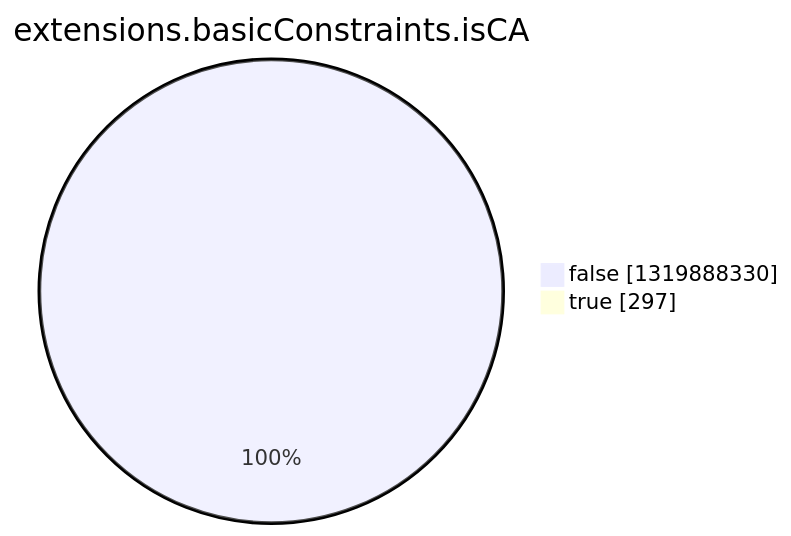
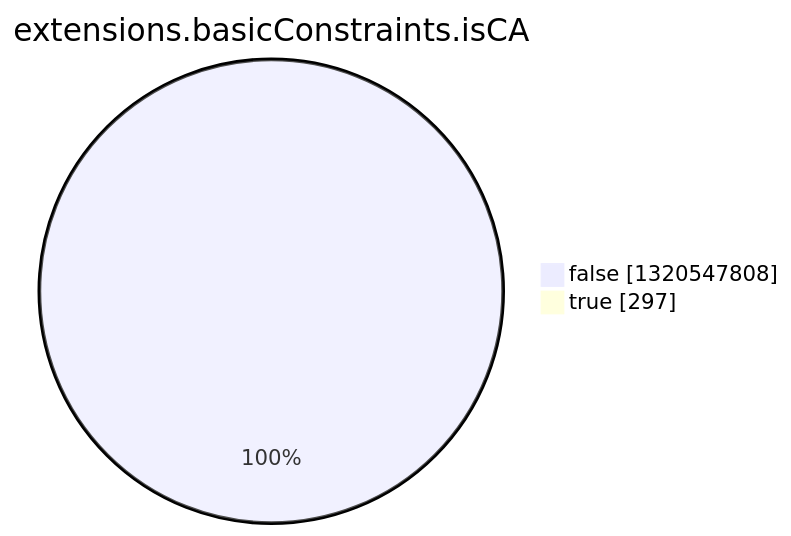
The eighth of 15 diagrams in argon2022/README.md (christiankrug/ctmonitor_visualization), drawn with Mermaid before and after one commit. The commit also changed other lines of this file, not shown here.

````diff
--- a/argon2022/README.md
+++ b/argon2022/README.md
@@ -2758,6 +2758,6 @@
 ```mermaid
 pie showData
 title extensions.basicConstraints.isCA
-"false" :1319888330
+"false" :1320547808
 "true" :297
 ```
````
